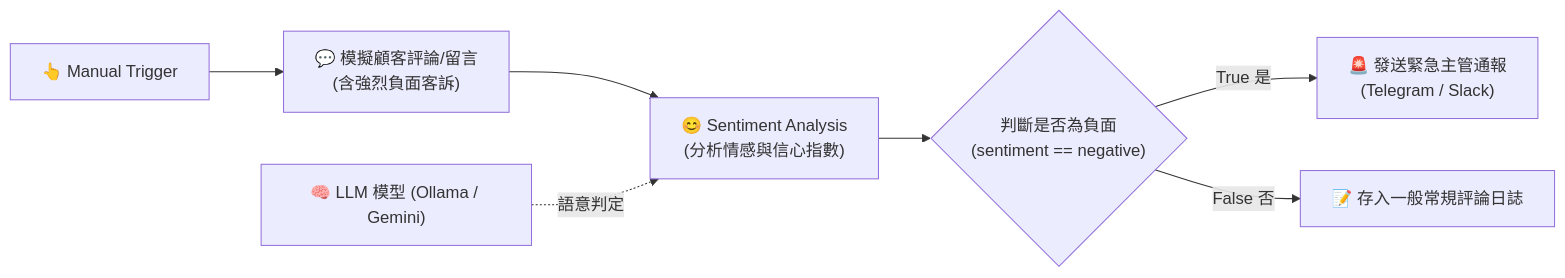
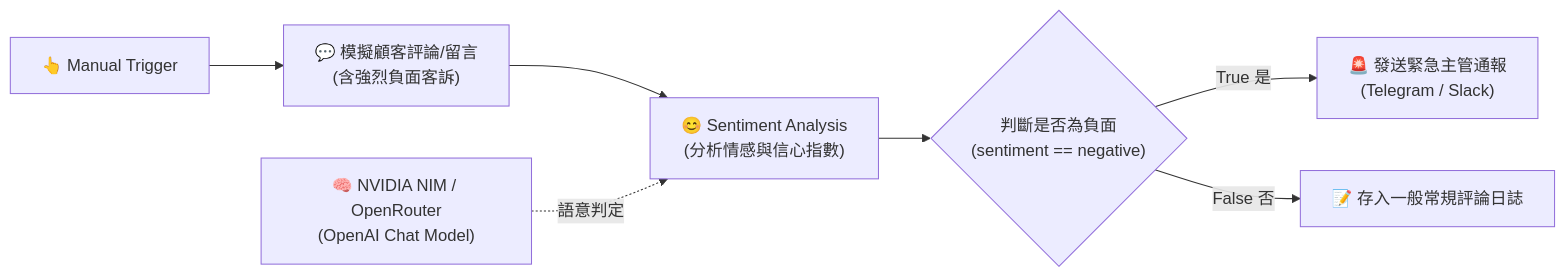
The diagram in AI_Agent/Sentiment_Analysis/README.md (roberthsu2003/n8n), drawn with Mermaid before and after one commit. The commit also changed other lines of this file and 12 other files, not shown here.

````diff
--- a/AI_Agent/Sentiment_Analysis/README.md
+++ b/AI_Agent/Sentiment_Analysis/README.md
@@ -13,9 +17,9 @@
 ```mermaid
 flowchart LR
     Trigger["👆 Manual Trigger"] --> Review["💬 模擬顧客評論/留言<br/>(含強烈負面客訴)"]
     Review --> Sentiment["😊 Sentiment Analysis<br/>(分析情感與信心指數)"]
-    Model["🧠 LLM 模型 (Ollama / Gemini)"] -.->|語意判定| Sentiment
+    Model["🧠 NVIDIA NIM / OpenRouter<br/>(OpenAI Chat Model)"] -.->|語意判定| Sentiment
     Sentiment --> Check{"判斷是否為負面<br/>(sentiment == negative)"}
     Check -->|True 是| Alert["🚨 發送緊急主管通報<br/>(Telegram / Slack)"]
     Check -->|False 否| Log["📝 存入一般常規評論日誌"]
 ```
````
